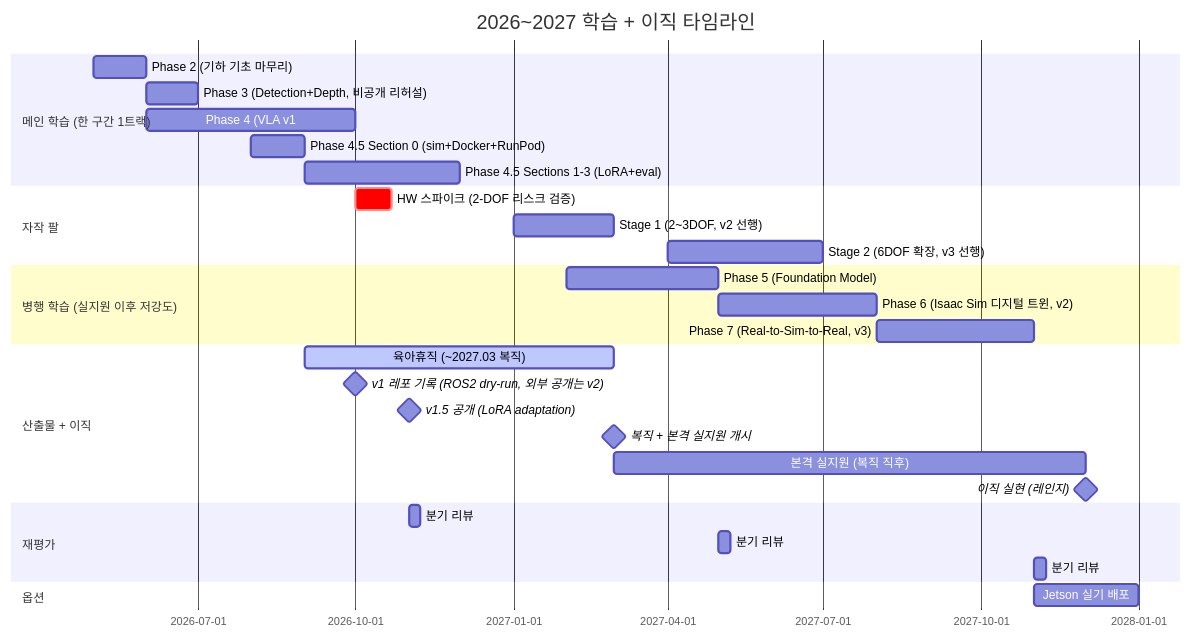
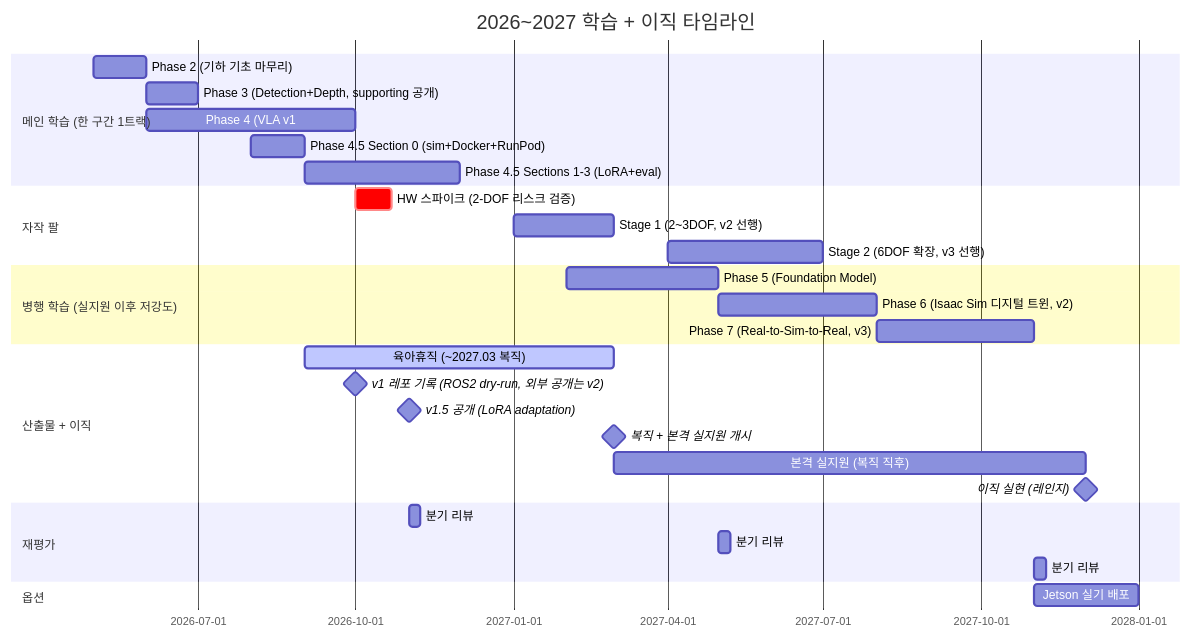
The diagram in README.md (tylee-yeonge/physical-ai-study), drawn with Mermaid before and after one commit. The commit also changed other lines of this file and 2 other files, not shown here.

Commit message:
docs: publish phase 3 as supporting system work

````diff
--- a/README.md
+++ b/README.md
@@ -63,32 +63,32 @@
 ```mermaid
 gantt
     title 2026~2027 학습 + 이직 타임라인
     dateFormat YYYY-MM
     section 메인 학습 (한 구간 1트랙)
     Phase 2 (기하 기초 마무리) :a1, 2026-05, 1M
-    Phase 3 (Detection+Depth, 비공개 리허설) :a2, 2026-06, 1M
+    Phase 3 (Detection+Depth, supporting 공개) :a2, 2026-06, 1M
     Phase 4 (VLA v1: zero-shot 추론 + ROS2) :a3, 2026-06, 4M
     Phase 4.5 Section 0 (sim+Docker+RunPod) :a35a, 2026-08, 1M
     Phase 4.5 Sections 1-3 (LoRA+eval) :a35b, 2026-09, 3M
     section 자작 팔
     HW 스파이크 (2-DOF 리스크 검증) :crit, h0, 2026-10, 3w
     Stage 1 (2~3DOF, v2 선행) :h1, 2027-01, 2M
     Stage 2 (6DOF 확장, v3 선행) :h2, 2027-04, 3M
     section 병행 학습 (실지원 이후 저강도)
     Phase 5 (Foundation Model) :a4, 2027-02, 3M
     Phase 6 (Isaac Sim 디지털 트윈, v2) :a5, 2027-05, 3M
     Phase 7 (Real-to-Sim-to-Real, v3) :a6, 2027-08, 3M
     section 산출물 + 이직
     육아휴직 (~2027.03 복직) :active, leave, 2026-09, 6M
     v1 레포 기록 (ROS2 dry-run, 외부 공개는 v2) :milestone, d1, 2026-10, 0d
     v1.5 공개 (LoRA adaptation) :milestone, d15, 2026-11, 0d
     복직 + 본격 실지원 개시 :milestone, d3, 2027-03, 0d
     본격 실지원 (복직 직후) :b2, 2027-03, 9M
     이직 실현 (레인지) :milestone, d2, 2027-12, 0d
     section 재평가
     분기 리뷰 :rev1, 2026-11, 1w
     분기 리뷰 :rev2, 2027-05, 1w
     분기 리뷰 :rev3, 2027-11, 1w
     section 옵션
     Jetson 실기 배포 :opt, 2027-11, 2M
 ```
````
